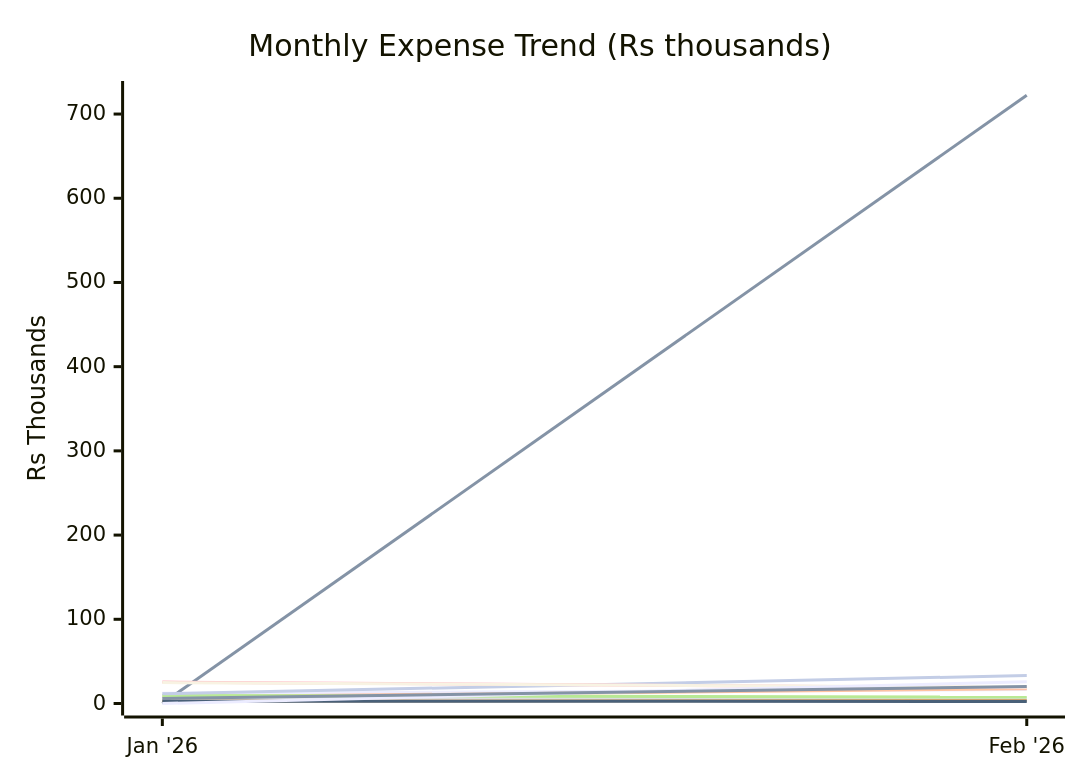
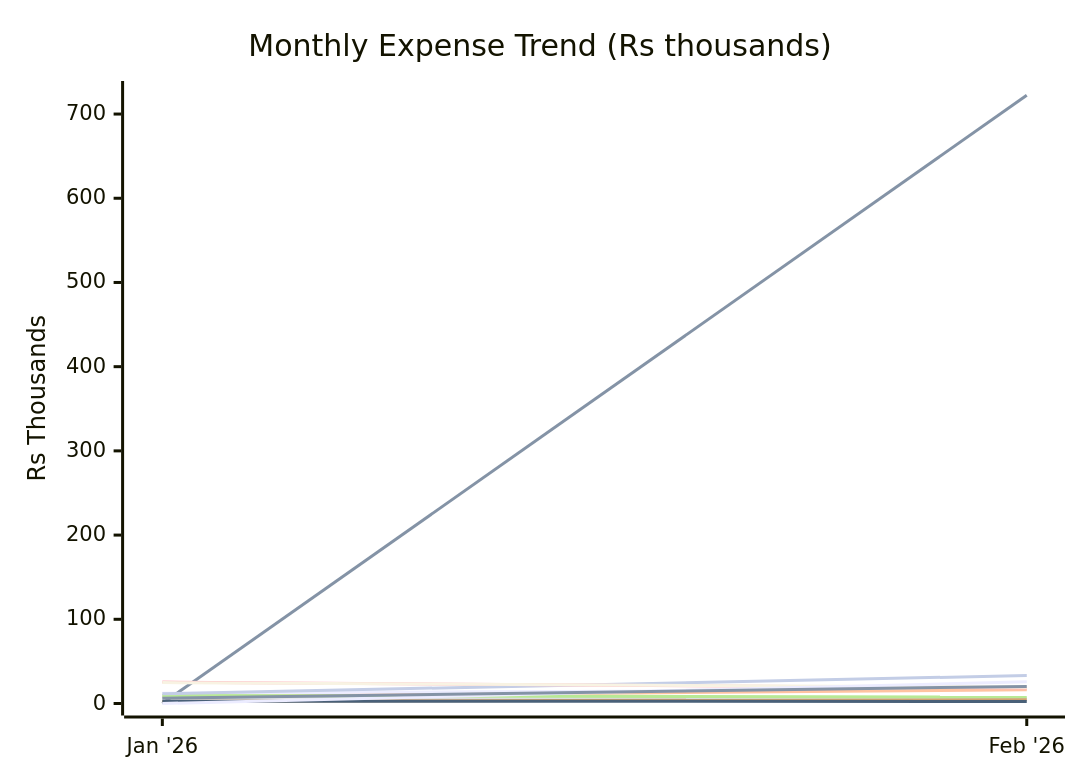
One commit to sachin-hg/expense-reporter changed the first of 2 diagrams in reports/2026-02.md. Above: the diagram before and after it, drawn with Mermaid. The commit also changed other lines of this file and 18 other files, not shown here.

````diff
--- a/reports/2026-02.md
+++ b/reports/2026-02.md
@@ -25,18 +25,18 @@
 ```mermaid
 xychart-beta
     title "Monthly Expense Trend (Rs thousands)"
     x-axis ["Jan '26", "Feb '26"]
     y-axis "Rs Thousands" 0 --> 725
-    line "Travel" [12.1, 16.5]
+    line "Travel" [12.2, 16.5]
     line "Trip" [0.0, 722.3]
-    line "Shopping" [7.8, 17.5]
+    line "Shopping" [7.8, 16.4]
     line "Baby" [7.7, 5.6]
     line "Outside Food" [9.5, 7.6]
-    line "Grocery" [2.9, 3.5]
+    line "Grocery" [2.5, 4.5]
     line "Utilities & Bills" [11.5, 33.2]
-    line "Health, Fitness & Self Care" [25.5, 18.6]
+    line "Health, Fitness & Self Care" [25.5, 18.3]
     line "Upskill / AI" [2.6, 2.5]
     line "Rohan" [24.8, 19.3]
     line "One-Time Expense" [0.0, 25.8]
-    line "Others" [6.0, 20.1]
+    line "Others" [6.3, 20.3]
 ```
````
